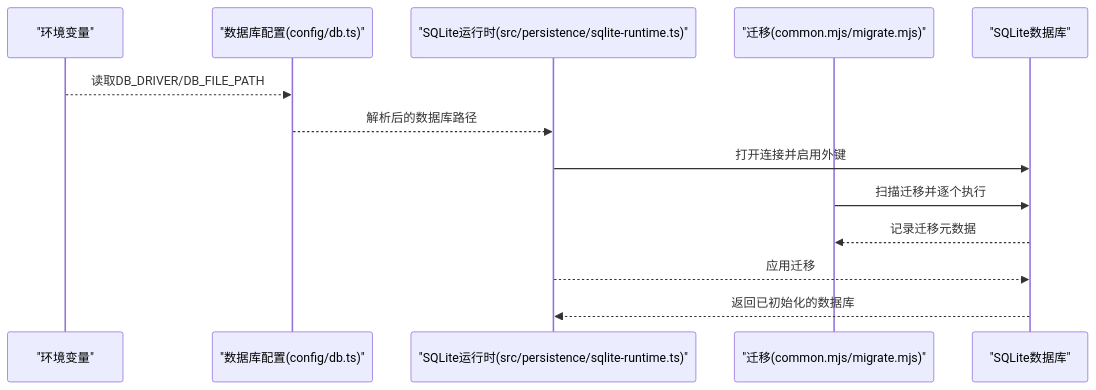
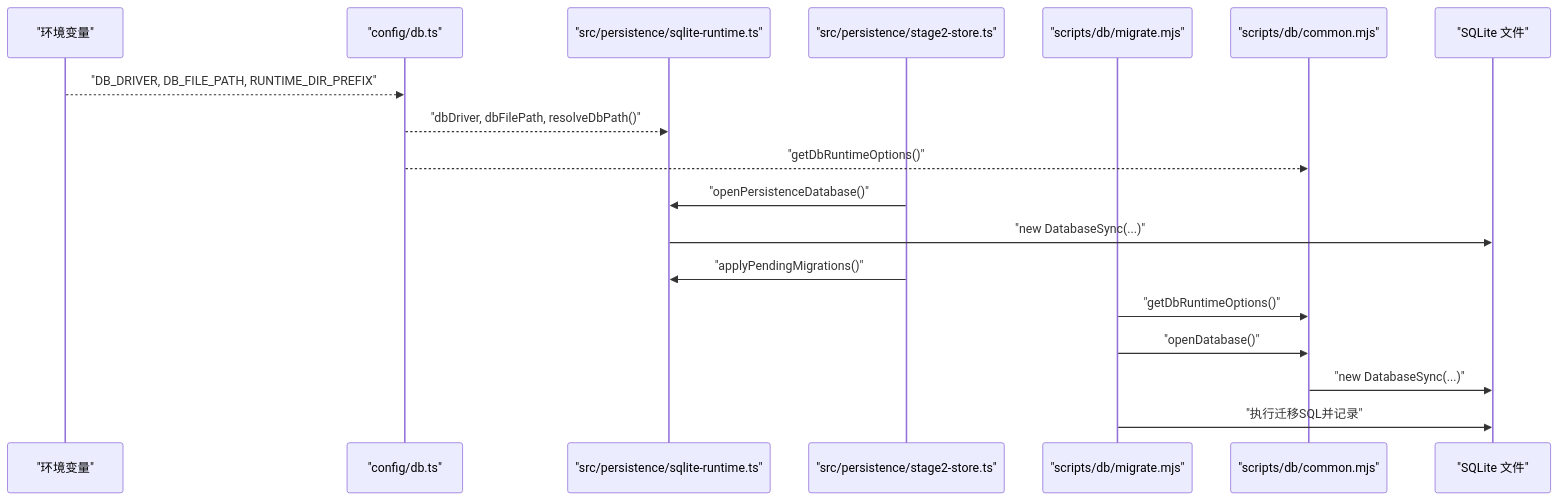
The second of 6 diagrams in .qoder/repowiki/zh/content/配置管理系统/数据库配置.md (Jiane-EJ/playwright-mind), drawn with Mermaid before and after one commit. The commit also changed other lines of this file and 151 other files, not shown here.

````diff
--- a/.qoder/repowiki/zh/content/配置管理系统/数据库配置.md
+++ b/.qoder/repowiki/zh/content/配置管理系统/数据库配置.md
@@ -109,15 +125,20 @@
 ```mermaid
 sequenceDiagram
-participant ENV as "环境变量"
-participant CFG as "数据库配置(config/db.ts)"
-participant RUNTIME as "SQLite运行时(src/persistence/sqlite-runtime.ts)"
-participant MIG as "迁移(common.mjs/migrate.mjs)"
-participant DB as "SQLite数据库"
-ENV-->>CFG : 读取DB_DRIVER/DB_FILE_PATH
-CFG-->>RUNTIME : 解析后的数据库路径
-RUNTIME->>DB : 打开连接并启用外键
-MIG->>DB : 扫描迁移并逐个执行
-DB-->>MIG : 记录迁移元数据
-RUNTIME-->>DB : 应用迁移
-DB-->>RUNTIME : 返回已初始化的数据库
+participant Env as "环境变量"
+participant Cfg as "config/db.ts"
+participant Rt as "src/persistence/sqlite-runtime.ts"
+participant Store as "src/persistence/stage2-store.ts"
+participant Tool as "scripts/db/migrate.mjs"
+participant Common as "scripts/db/common.mjs"
+participant DB as "SQLite 文件"
+Env-->>Cfg : "DB_DRIVER, DB_FILE_PATH, RUNTIME_DIR_PREFIX"
+Cfg-->>Rt : "dbDriver, dbFilePath, resolveDbPath()"
+Cfg-->>Common : "getDbRuntimeOptions()"
+Store->>Rt : "openPersistenceDatabase()"
+Rt->>DB : "new DatabaseSync(...)"
+Store->>Rt : "applyPendingMigrations()"
+Tool->>Common : "getDbRuntimeOptions()"
+Tool->>Common : "openDatabase()"
+Common->>DB : "new DatabaseSync(...)"
+Tool->>DB : "执行迁移SQL并记录"
 ```
````
